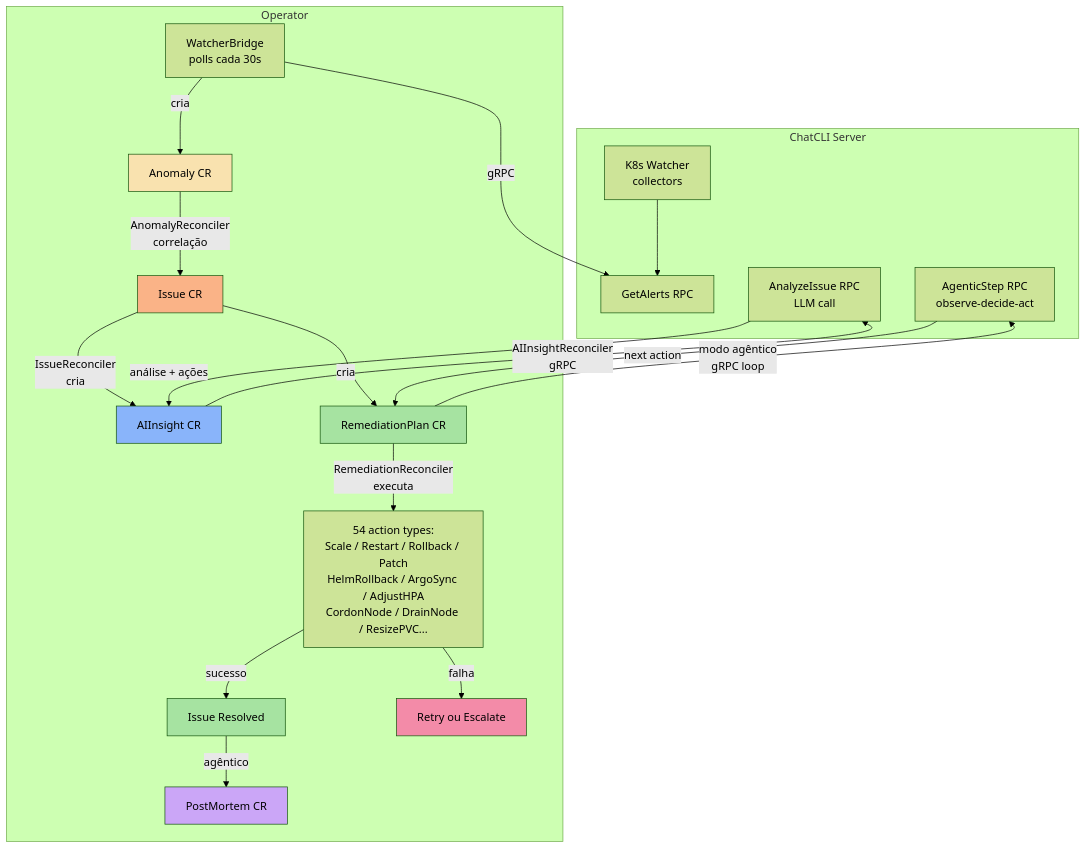
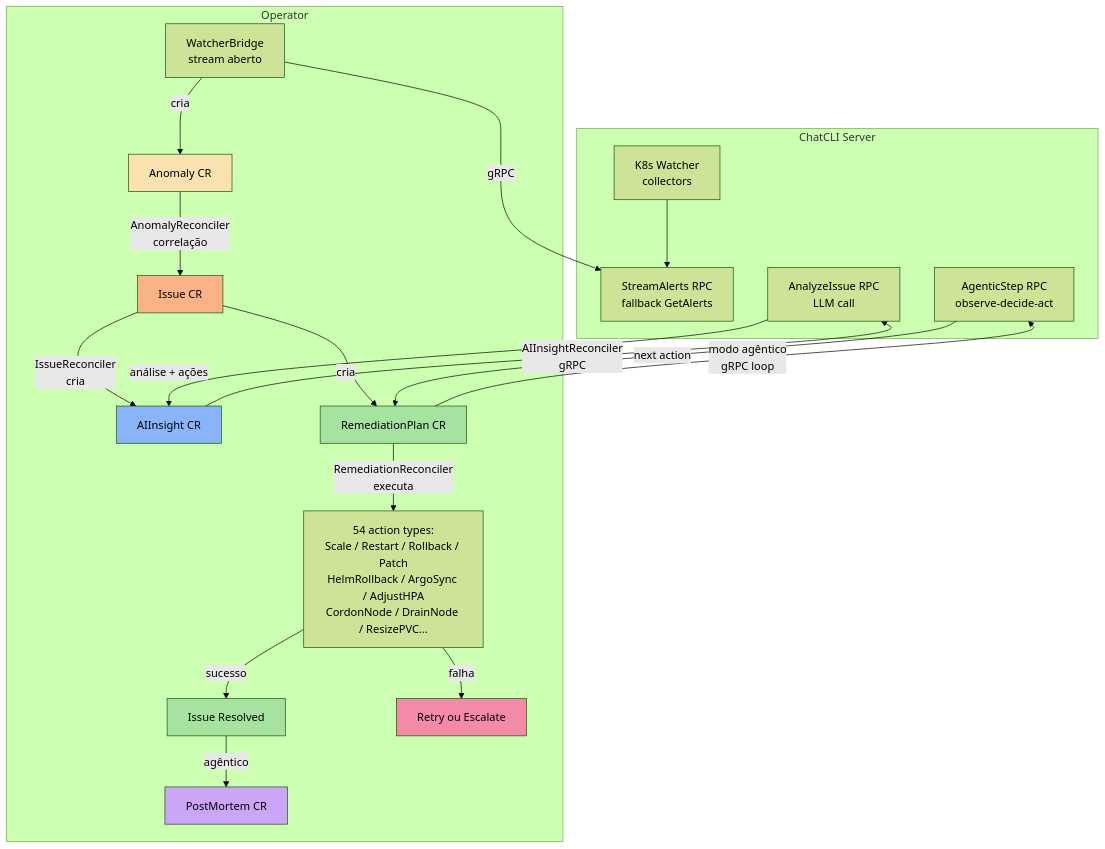
One commit to diillson/chatcli.ai changed the first of 3 diagrams in pt/features/k8s-operator.mdx. Above: the diagram before and after it, drawn with Mermaid (forest theme). The commit also changed other lines of this file and 7 other files, not shown here.

Commit message:
docs: StreamAlerts RPC and the operator's stream-first watcher bridge

````diff
--- a/pt/features/k8s-operator.mdx
+++ b/pt/features/k8s-operator.mdx
@@ -138,32 +138,32 @@
 ```mermaid
 graph TD
     subgraph "ChatCLI Server"
-        W[K8s Watcher<br/>collectors] --> GA[GetAlerts RPC]
+        W[K8s Watcher<br/>collectors] --> GA[StreamAlerts RPC<br/>fallback GetAlerts]
         AI_RPC[AnalyzeIssue RPC<br/>LLM call]
         AG_RPC[AgenticStep RPC<br/>observe-decide-act]
     end
 
     subgraph "Operator"
-        WB[WatcherBridge<br/>polls cada 30s] -->|gRPC| GA
+        WB[WatcherBridge<br/>stream aberto] -->|gRPC| GA
         WB -->|cria| ANOM[Anomaly CR]
         ANOM -->|AnomalyReconciler<br/>correlação| ISS[Issue CR]
         ISS -->|IssueReconciler<br/>cria| INSIGHT[AIInsight CR]
         INSIGHT -->|AIInsightReconciler<br/>gRPC| AI_RPC
         AI_RPC -->|análise + ações| INSIGHT
         ISS -->|cria| PLAN[RemediationPlan CR]
         PLAN -->|RemediationReconciler<br/>executa| ACTIONS[54 action types:<br/>Scale / Restart / Rollback / Patch<br/>HelmRollback / ArgoSync / AdjustHPA<br/>CordonNode / DrainNode / ResizePVC...]
         PLAN -->|modo agêntico<br/>gRPC loop| AG_RPC
         AG_RPC -->|next action| PLAN
         ACTIONS -->|sucesso| RESOLVED[Issue Resolved]
         ACTIONS -->|falha| RETRY[Retry ou Escalate]
         RESOLVED -->|agêntico| PM[PostMortem CR]
     end
 
     style ANOM fill:#f9e2af,color:#000
     style ISS fill:#fab387,color:#000
     style INSIGHT fill:#89b4fa,color:#000
     style PLAN fill:#a6e3a1,color:#000
     style RESOLVED fill:#a6e3a1,color:#000
     style RETRY fill:#f38ba8,color:#000
     style PM fill:#cba6f7,color:#000
 ```
````
